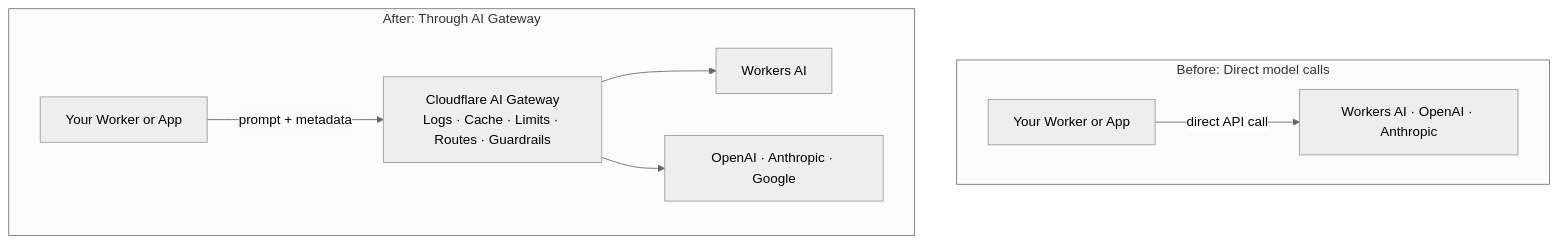
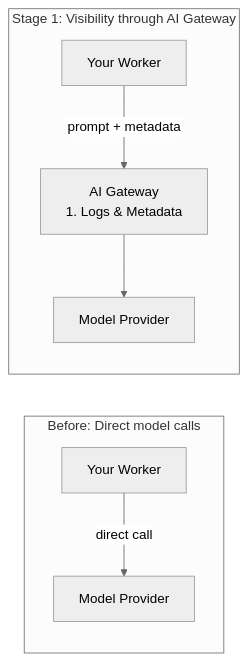
Before and after one commit to agentschools/cfdev.school: the diagram in courses/fundamentals/ai-gateway/exercises/01-see-every-request.md, drawn with Mermaid (neutral theme). The commit also changed other lines of this file and 5 other files, not shown here.

Commit message:
docs(ai-gateway): build pipeline diagrams progressively and personalize scenario hooks (#193)

````diff
--- a/courses/fundamentals/ai-gateway/exercises/01-see-every-request.md
+++ b/courses/fundamentals/ai-gateway/exercises/01-see-every-request.md
@@ -77,11 +80,10 @@
 ```mermaid
-flowchart TD
+flowchart LR
   subgraph Before["Before: Direct model calls"]
-    AppDirect["Your Worker or App"] -->|"direct API call"| ProviderDirect["Workers AI · OpenAI · Anthropic"]
+    AppDirect["Your Worker"] -->|"direct call"| ProviderDirect["Model Provider"]
   end
-  subgraph After["After: Through AI Gateway"]
-    App["Your Worker or App"] -->|"prompt + metadata"| Gateway["Cloudflare AI Gateway\nLogs · Cache · Limits · Routes · Guardrails"]
-    Gateway --> WorkersAI["Workers AI"]
-    Gateway --> External["OpenAI · Anthropic · Google"]
+  subgraph Stage1["Stage 1: Visibility through AI Gateway"]
+    App["Your Worker"] -->|"prompt + metadata"| Gateway["AI Gateway\n1. Logs & Metadata"]
+    Gateway --> Provider["Model Provider"]
   end
 ```
````
